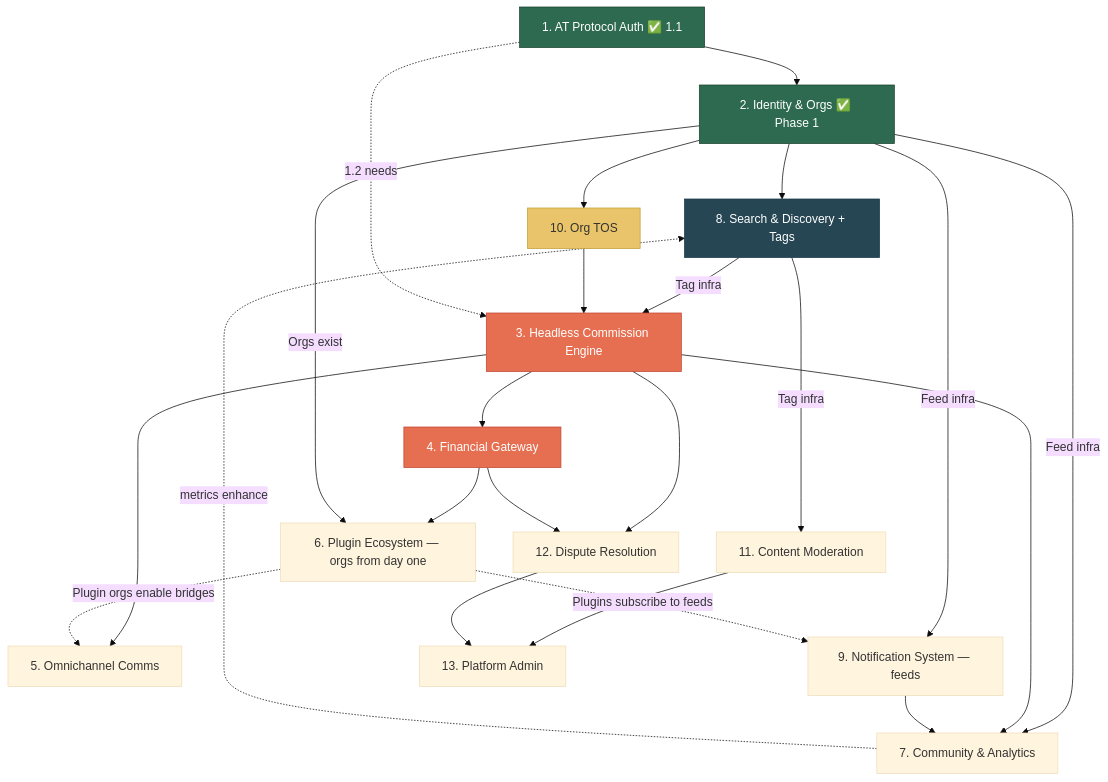
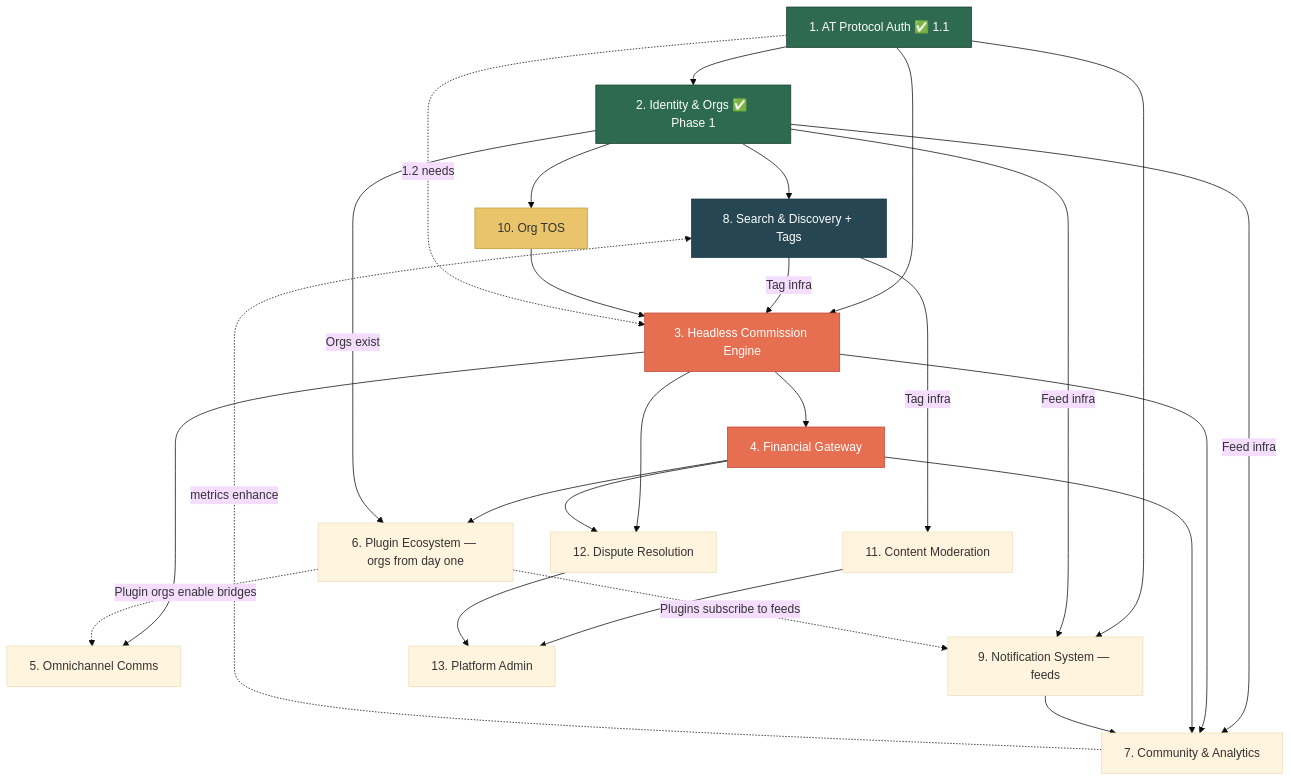
One commit to ProgrammingCheetah/ZurFur changed the diagram in design/features/OVERVIEW.md. Above: the diagram before and after it, drawn with Mermaid (base theme). The commit also changed other lines of this file and 11 other files, not shown here.

````diff
--- a/design/features/OVERVIEW.md
+++ b/design/features/OVERVIEW.md
@@ -39,63 +39,66 @@
 ```mermaid
 graph TD
     F1[1. AT Protocol Auth ✅ 1.1]
     F2[2. Identity & Orgs ✅ Phase 1]
     F3[3. Headless Commission Engine]
     F4[4. Financial Gateway]
     F5[5. Omnichannel Comms]
     F6[6. Plugin Ecosystem — orgs from day one]
     F7[7. Community & Analytics]
     F8[8. Search & Discovery + Tags]
     F9[9. Notification System — feeds]
     F10[10. Org TOS]
     F11[11. Content Moderation]
     F12[12. Dispute Resolution]
     F13[13. Platform Admin]
 
     %% Foundation
     F1 --> F2
+    F1 --> F3
+    F1 --> F9
     F2 --> F8
     F2 --> F10
 
     %% Tags + Feeds are foundational
     F8 -->|Tag infra| F3
     F8 -->|Tag infra| F11
 
     %% Feed system is cross-cutting
     F2 -->|Feed infra| F9
     F2 -->|Feed infra| F7
 
     %% Commission critical path
     F10 --> F3
     F3 --> F4
     F3 --> F5
     F3 --> F7
     F3 --> F12
 
     %% Financial enables disputes + plugin marketplace
     F4 --> F12
     F4 --> F6
+    F4 --> F7
 
     %% Notifications
     F9 --> F7
 
     %% Moderation + Admin
     F11 --> F13
     F12 --> F13
 
     %% Plugin orgs are just orgs
     F2 -->|Orgs exist| F6
     F6 -.->|Plugins subscribe to feeds| F9
     F6 -.->|Plugin orgs enable bridges| F5
 
     %% Soft dependencies
     F1 -.->|1.2 needs| F3
     F7 -.->|metrics enhance| F8
 
     style F1 fill:#2d6a4f,stroke:#1b4332,color:#fff
     style F2 fill:#2d6a4f,stroke:#1b4332,color:#fff
     style F8 fill:#264653,stroke:#1b3a4b,color:#fff
     style F3 fill:#e76f51,stroke:#c44536,color:#fff
     style F4 fill:#e76f51,stroke:#c44536,color:#fff
     style F10 fill:#e9c46a,stroke:#c4a035,color:#333
 ```
````
